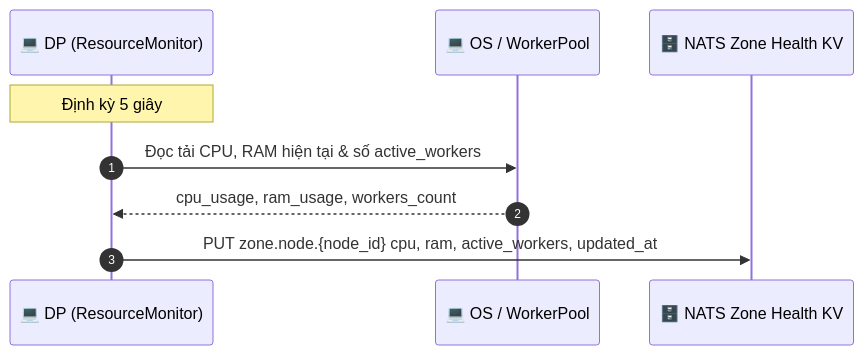
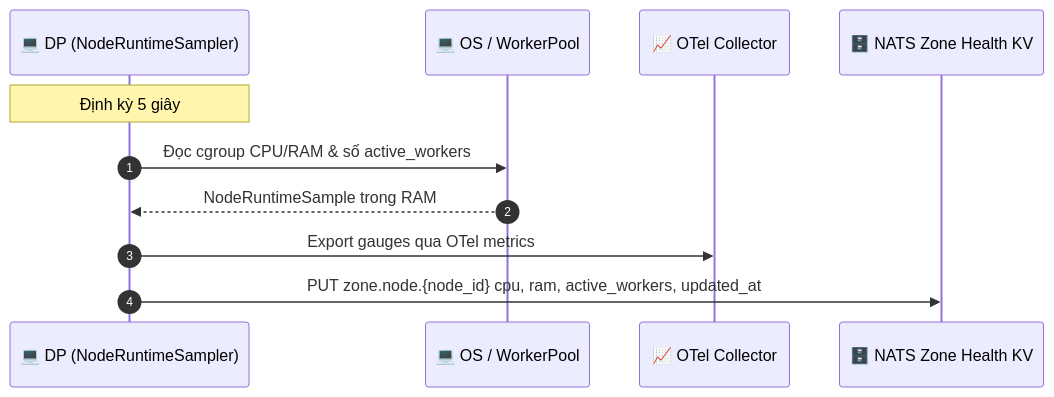
Before and after one commit to phucle996/aurora: diagram 18 of 21 in god_view/hierarchy/zone_lifecycle_god_view.md, drawn with Mermaid. The commit also changed other lines of this file and 95 other files, not shown here.

Commit message:
refactor: modernize dataplane architecture by refactoring leader, workerpool, and job lifecycle components

````diff
--- a/god_view/hierarchy/zone_lifecycle_god_view.md
+++ b/god_view/hierarchy/zone_lifecycle_god_view.md
@@ -926,12 +926,14 @@
 ```mermaid
 sequenceDiagram
     autonumber
-    participant DP as 💻 DP (ResourceMonitor)
+    participant DP as 💻 DP (NodeRuntimeSampler)
     participant OS as 💻 OS / WorkerPool
+    participant OTel as 📈 OTel Collector
     participant KV as 🗄️ NATS Zone Health KV
 
     Note over DP: Định kỳ 5 giây
-    DP->>OS: Đọc tải CPU, RAM hiện tại & số active_workers
-    OS-->>DP: cpu_usage, ram_usage, workers_count
+    DP->>OS: Đọc cgroup CPU/RAM & số active_workers
+    OS-->>DP: NodeRuntimeSample trong RAM
+    DP->>OTel: Export gauges qua OTel metrics
     DP->>KV: PUT zone.node.{node_id} cpu, ram, active_workers, updated_at
 ```
````
